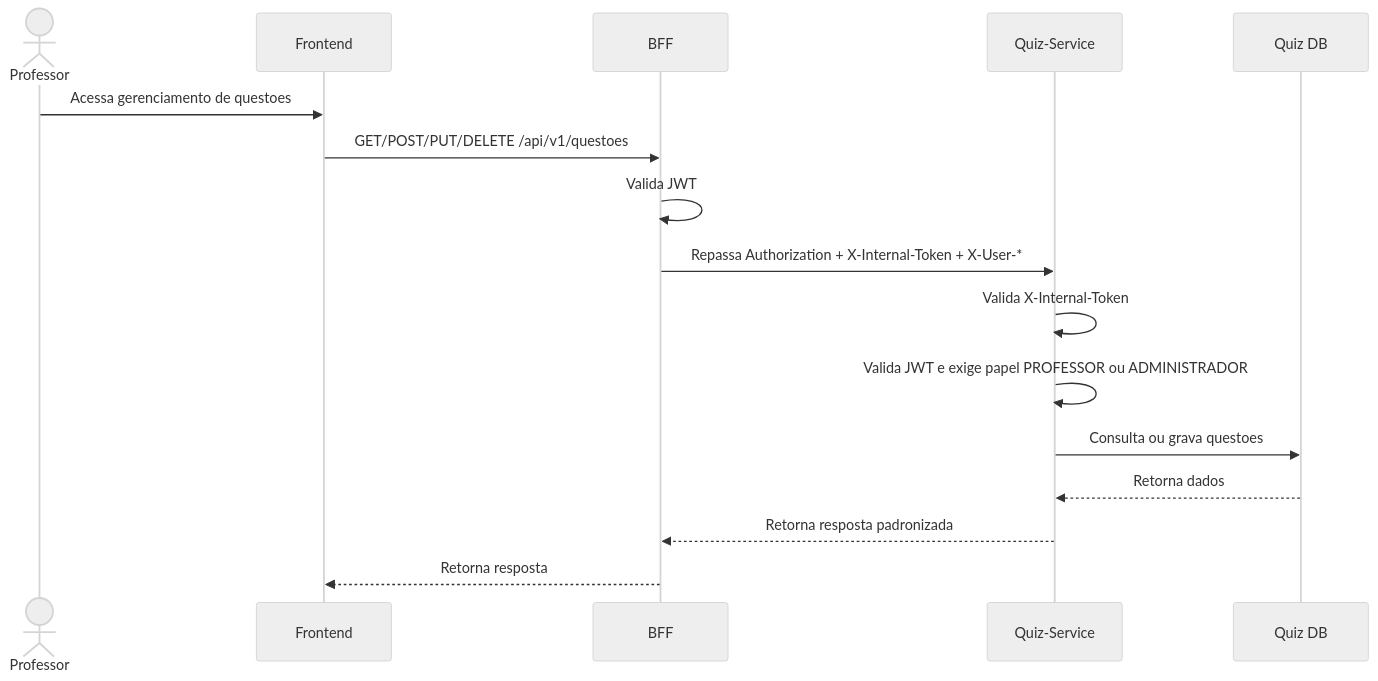
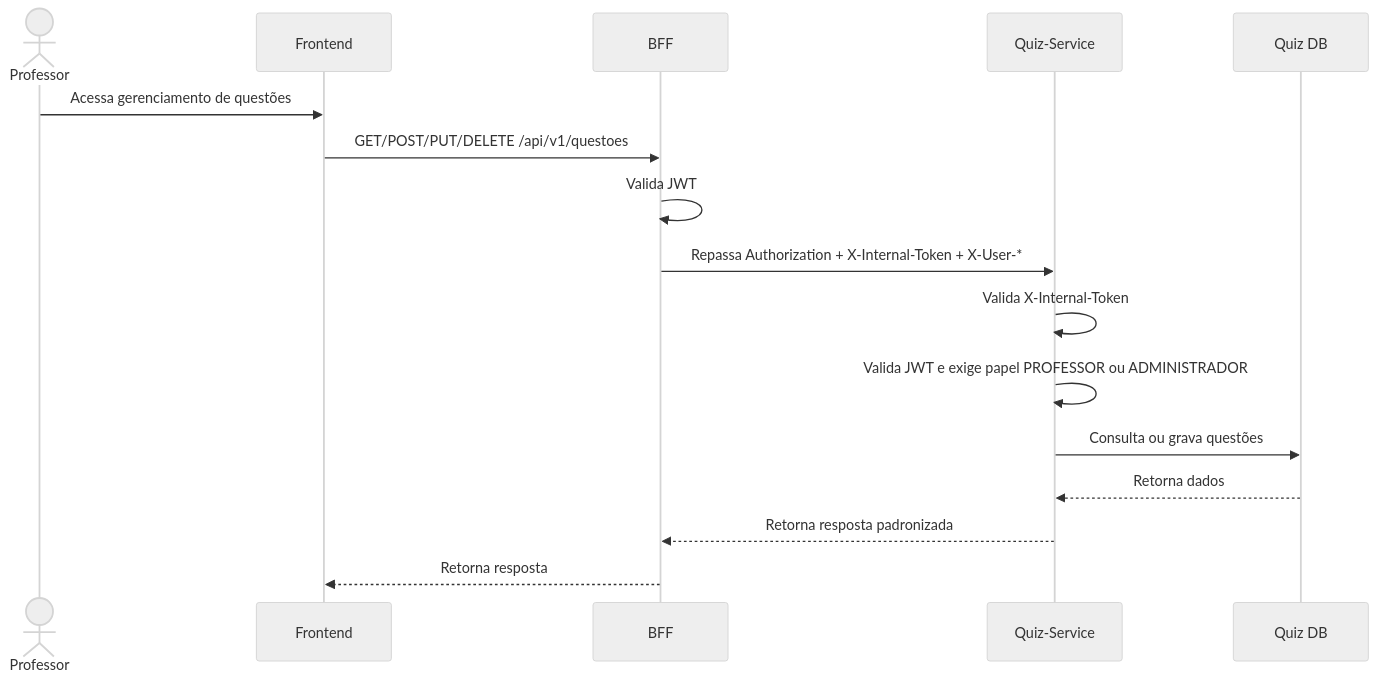
Before and after one commit to fga-eps-mds/2026-1-AnatoQuizUp-Doc: the fifth of 5 diagrams in docs/arquitetura/visoes/processos.md, drawn with Mermaid (neutral theme). The commit also changed other lines of this file and 8 other files, not shown here.

````diff
--- a/docs/arquitetura/visoes/processos.md
+++ b/docs/arquitetura/visoes/processos.md
@@ -98,19 +98,19 @@
 ```mermaid
 sequenceDiagram
     actor Professor
     participant Frontend
     participant BFF
     participant Quiz as Quiz-Service
     participant DB as Quiz DB
 
-    Professor->>Frontend: Acessa gerenciamento de questoes
+    Professor->>Frontend: Acessa gerenciamento de questões
     Frontend->>BFF: GET/POST/PUT/DELETE /api/v1/questoes
     BFF->>BFF: Valida JWT
     BFF->>Quiz: Repassa Authorization + X-Internal-Token + X-User-*
     Quiz->>Quiz: Valida X-Internal-Token
     Quiz->>Quiz: Valida JWT e exige papel PROFESSOR ou ADMINISTRADOR
-    Quiz->>DB: Consulta ou grava questoes
+    Quiz->>DB: Consulta ou grava questões
     DB-->>Quiz: Retorna dados
     Quiz-->>BFF: Retorna resposta padronizada
     BFF-->>Frontend: Retorna resposta
 ```
````
